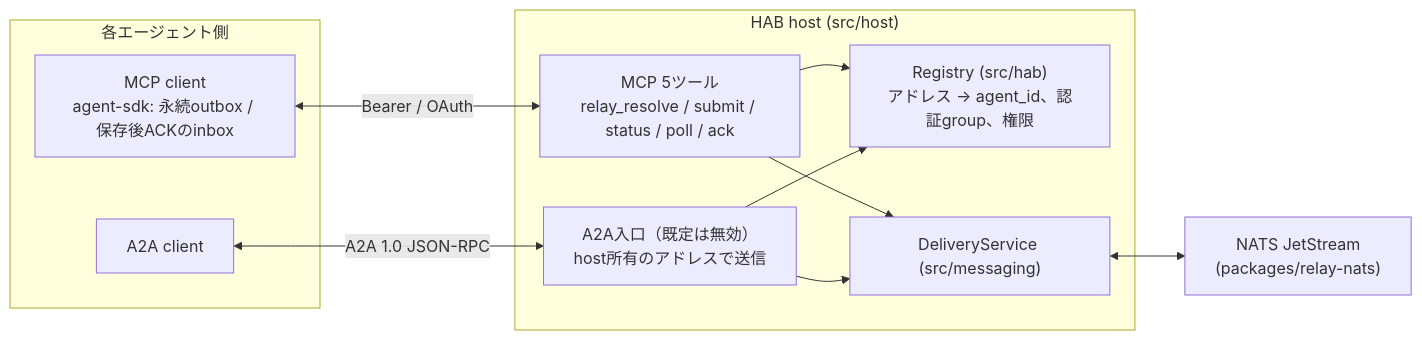
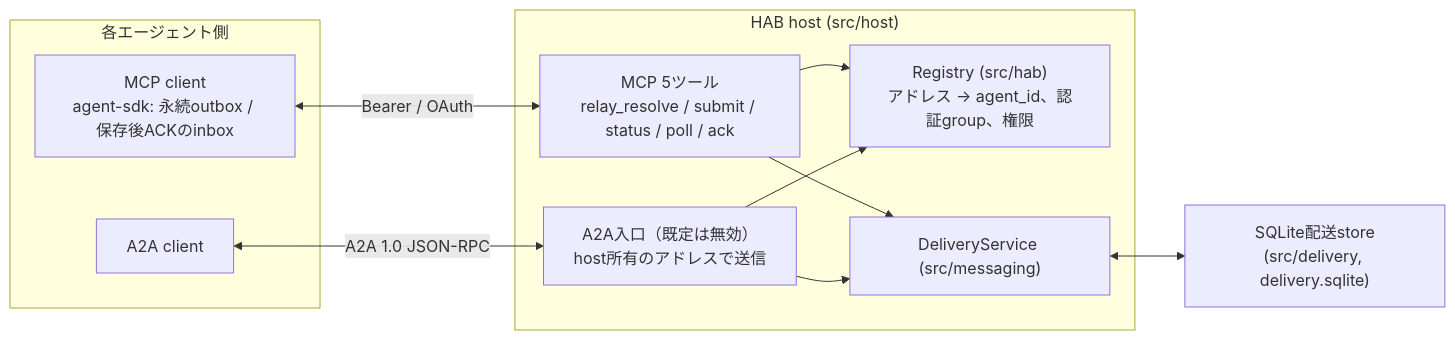
Before and after one commit to s-hiraoku/hiraoku-agent-base: the first of 2 diagrams in README.md, drawn with Mermaid. The commit also changed other lines of this file and 142 other files, not shown here.

First line of the commit message:
Deliver through one SQLite file and retire JetStream (ADR-018)

````diff
--- a/README.md
+++ b/README.md
@@ -50,21 +48,21 @@
 ```mermaid
 flowchart LR
   subgraph AG["各エージェント側"]
     MA["MCP client<br/>agent-sdk: 永続outbox / 保存後ACKのinbox"]
     AA["A2A client"]
   end
   subgraph HOST["HAB host (src/host)"]
     MCP["MCP 5ツール<br/>relay_resolve / submit / status / poll / ack"]
     A2A["A2A入口（既定は無効）<br/>host所有のアドレスで送信"]
     REG["Registry (src/hab)<br/>アドレス → agent_id、認証group、権限"]
     DS["DeliveryService (src/messaging)"]
   end
-  NATS["NATS JetStream<br/>(packages/relay-nats)"]
+  DB["SQLite配送store<br/>(src/delivery, delivery.sqlite)"]
   MA <-->|"Bearer / OAuth"| MCP
   AA <-->|"A2A 1.0 JSON-RPC"| A2A
   MCP --> REG
   A2A --> REG
   MCP --> DS
   A2A --> DS
-  DS <--> NATS
+  DS <--> DB
 ```
````
